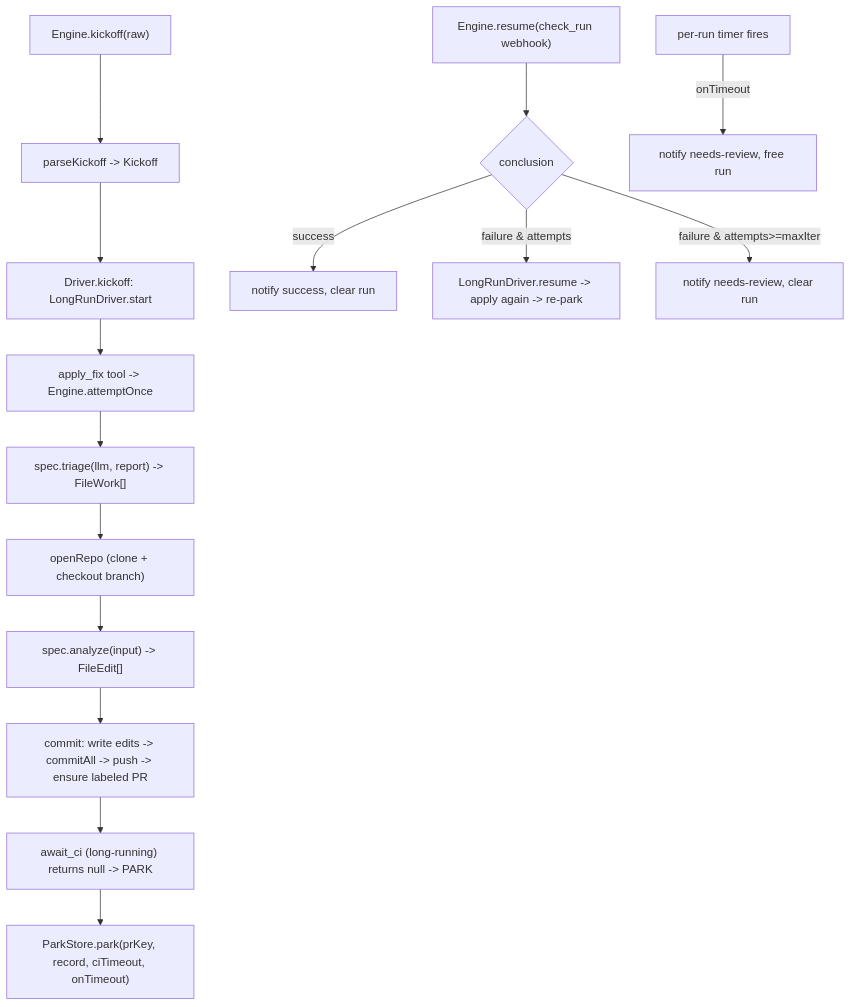
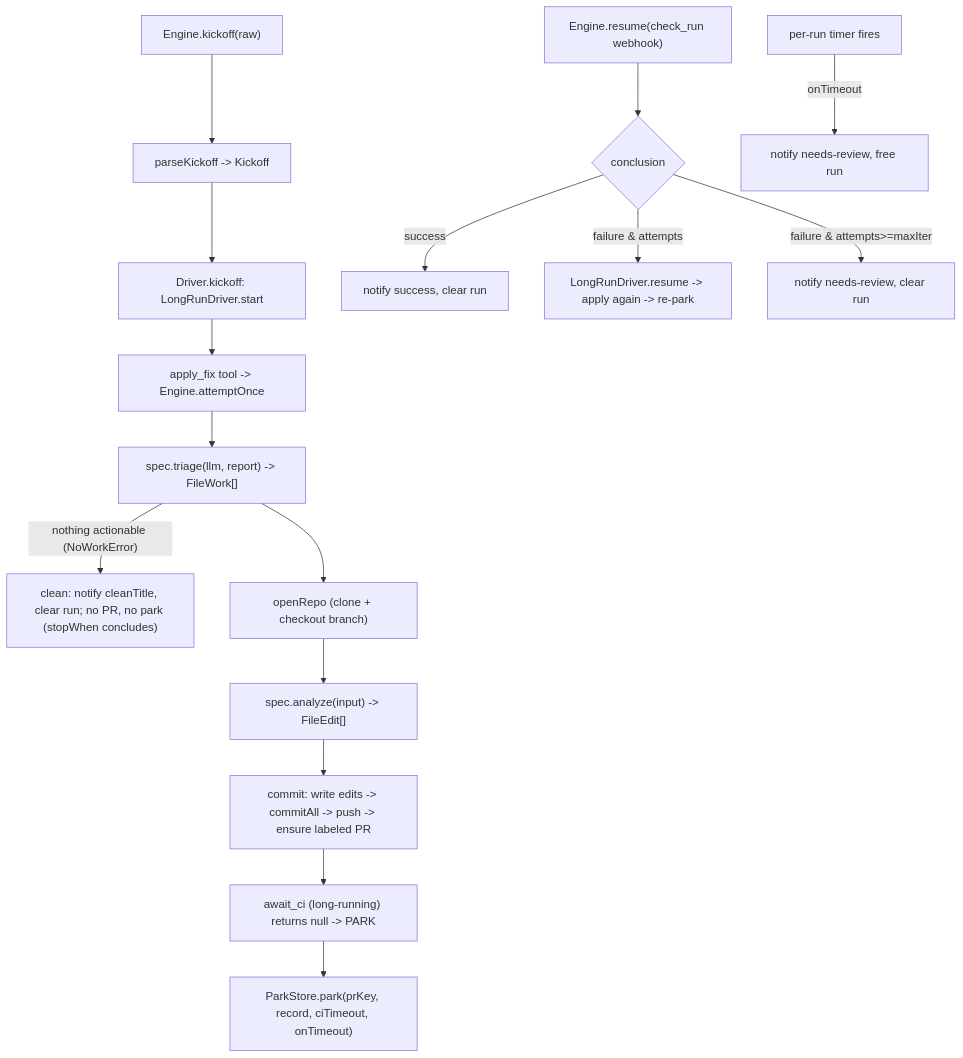
The diagram in javascript/src/agent/fixflow/AGENTS.md (jkjamies/automation-agent), drawn with Mermaid before and after one commit. The commit also changed 57 other files, not shown here.

First line of the commit message:
Report a clean ✅ outcome when triage finds nothing (four ports) (#12)

````diff
--- a/javascript/src/agent/fixflow/AGENTS.md
+++ b/javascript/src/agent/fixflow/AGENTS.md
@@ -9,18 +9,19 @@
 ```mermaid
 flowchart TD
     KO["Engine.kickoff(raw)"] --> PK["parseKickoff -> Kickoff"]
     PK --> DRV["Driver.kickoff: LongRunDriver.start"]
     DRV --> AF["apply_fix tool -> Engine.attemptOnce"]
     AF --> TR["spec.triage(llm, report) -> FileWork[]"]
+    TR -->|"nothing actionable (NoWorkError)"| CLN["clean: notify cleanTitle, clear run; no PR, no park (stopWhen concludes)"]
     TR --> OR["openRepo (clone + checkout branch)"]
     OR --> AN["spec.analyze(input) -> FileEdit[]"]
     AN --> CM["commit: write edits -> commitAll -> push -> ensure labeled PR"]
     CM --> WAIT["await_ci (long-running) returns null -> PARK"]
     WAIT --> REG["ParkStore.park(prKey, record, ciTimeout, onTimeout)"]
 
     WH["Engine.resume(check_run webhook)"] --> RS{conclusion}
     RS -->|success| OK["notify success, clear run"]
     RS -->|"failure & attempts<maxIter"| RT["LongRunDriver.resume -> apply again -> re-park"]
     RS -->|"failure & attempts>=maxIter"| RV["notify needs-review, clear run"]
     TO["per-run timer fires"] -->|onTimeout| RV2["notify needs-review, free run"]
 ```
````
